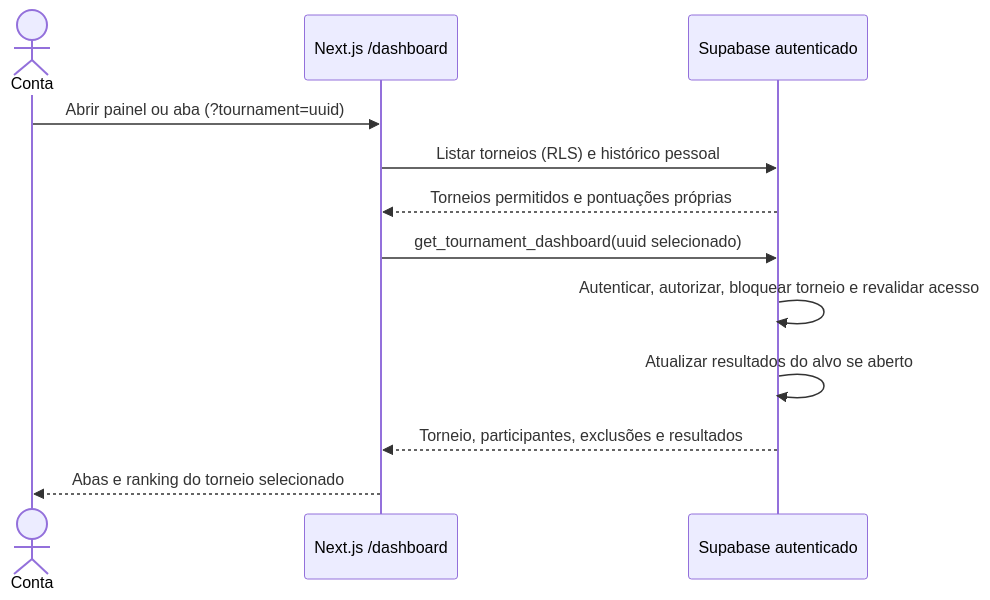
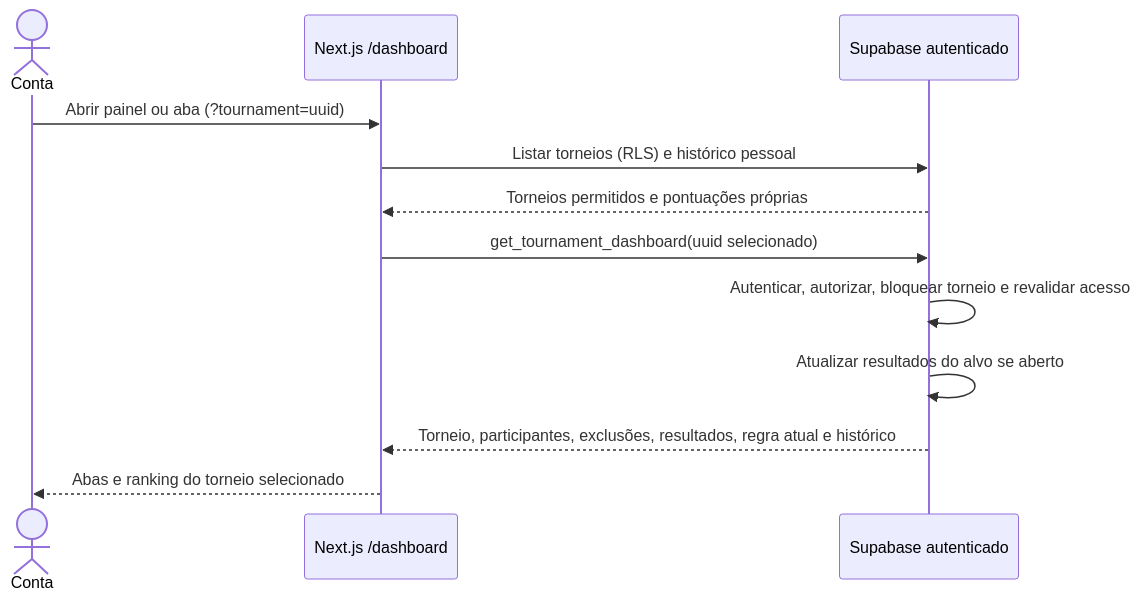
One commit to martinBernas/Projeto-Integrado changed the first of 2 diagrams in docs/diagramas/navegacao-torneios.md. Above: the diagram before and after it, drawn with Mermaid. The commit also changed other lines of this file and 28 other files, not shown here.

````diff
--- a/docs/diagramas/navegacao-torneios.md
+++ b/docs/diagramas/navegacao-torneios.md
@@ -5,14 +5,14 @@
 ```mermaid
 sequenceDiagram
   actor Conta
   participant Painel as Next.js /dashboard
   participant Banco as Supabase autenticado
   Conta->>Painel: Abrir painel ou aba (?tournament=uuid)
   Painel->>Banco: Listar torneios (RLS) e histórico pessoal
   Banco-->>Painel: Torneios permitidos e pontuações próprias
   Painel->>Banco: get_tournament_dashboard(uuid selecionado)
   Banco->>Banco: Autenticar, autorizar, bloquear torneio e revalidar acesso
   Banco->>Banco: Atualizar resultados do alvo se aberto
-  Banco-->>Painel: Torneio, participantes, exclusões e resultados
+  Banco-->>Painel: Torneio, participantes, exclusões, resultados, regra atual e histórico
   Painel-->>Conta: Abas e ranking do torneio selecionado
 ```
````
